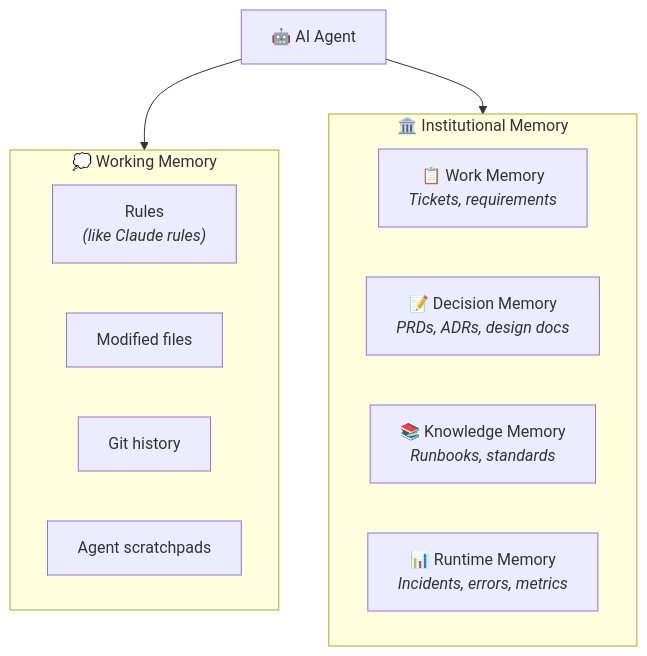
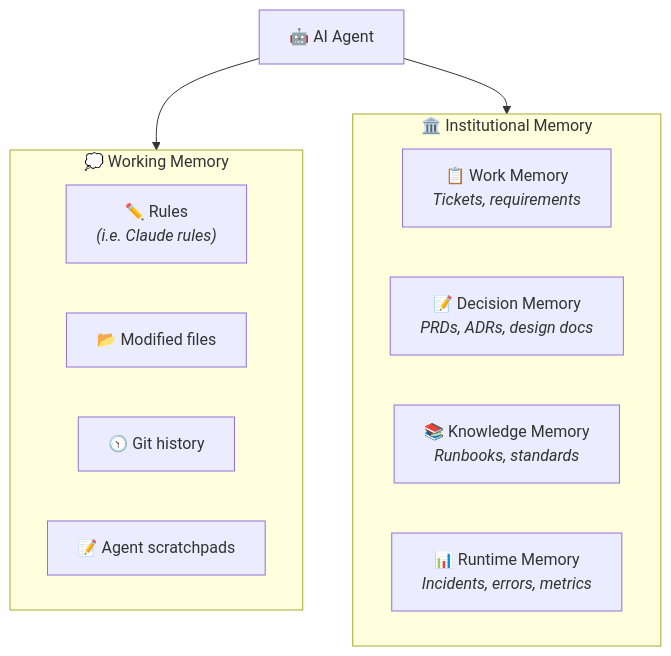
One commit to TheBushidoCollective/han changed the fifth of 12 diagrams in website/content/papers/ai-dlc-2026.md. Above: the diagram before and after it, drawn with Mermaid. The commit also changed other lines of this file, not shown here.

First line of the commit message:
fix(website): remove hard-coded diagram colors for better dark theme support

````diff
--- a/website/content/papers/ai-dlc-2026.md
+++ b/website/content/papers/ai-dlc-2026.md
@@ -266,19 +266,19 @@
 ```mermaid
 flowchart TB
     subgraph Filesystem["💭 Working Memory"]
-        F1["Rules<br/><i>(like Claude rules)</i>"]
-        F2["Modified files"]
-        F3["Git history"]
-        F4["Agent scratchpads"]
+        F1["✏️ Rules<br/><i>(i.e. Claude rules)</i>"]
+        F2["📂 Modified files"]
+        F3["🕥 Git history"]
+        F4["📝 Agent scratchpads"]
     end
 
     subgraph Organizational["🏛️ Institutional Memory"]
         O1["📋 Work Memory<br/><i>Tickets, requirements</i>"]
         O2["📝 Decision Memory<br/><i>PRDs, ADRs, design docs</i>"]
         O3["📚 Knowledge Memory<br/><i>Runbooks, standards</i>"]
         O4["📊 Runtime Memory<br/><i>Incidents, errors, metrics</i>"]
     end
 
     Agent["🤖 AI Agent"] --> Filesystem
     Agent --> Organizational
 ```
````
